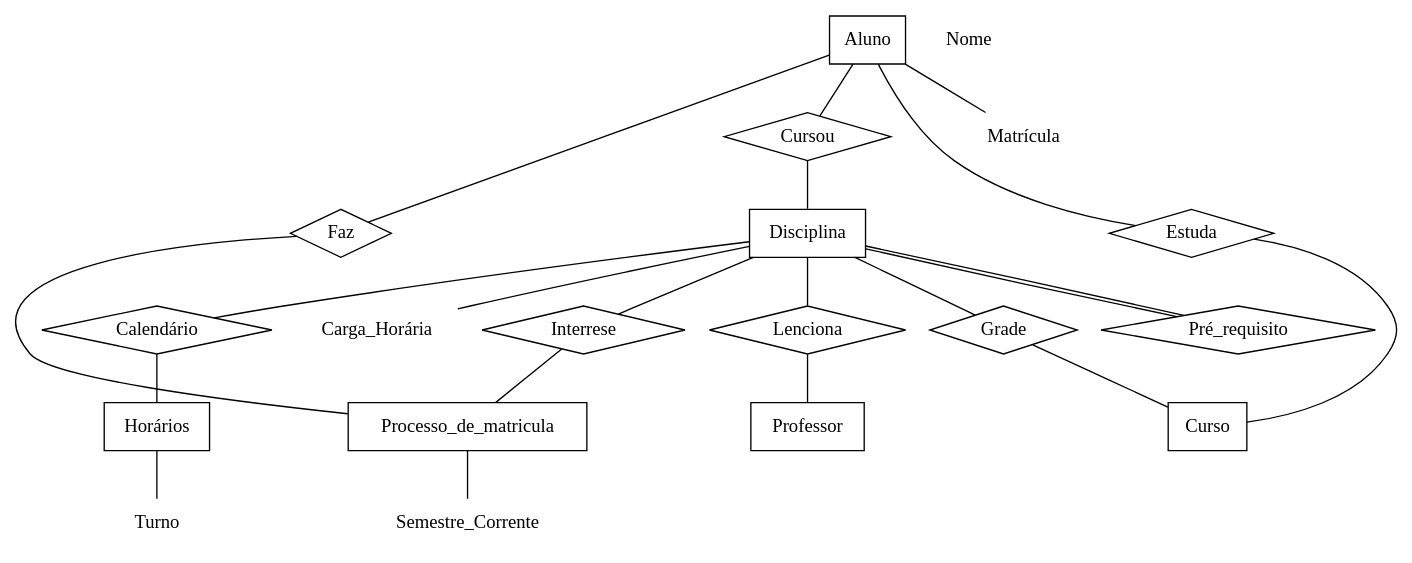
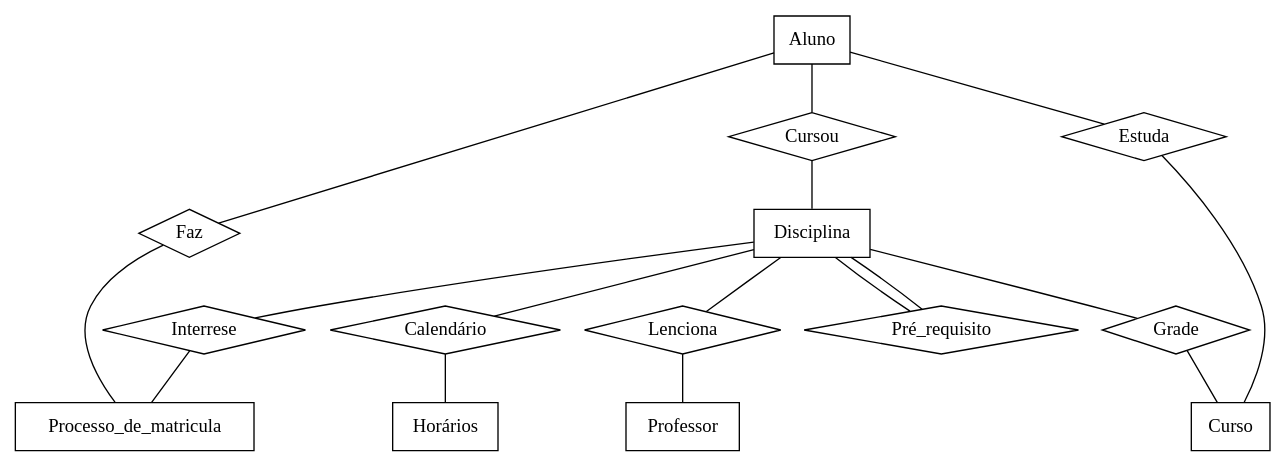
One commit to analuscharf/BCD-29008 changed the diagram in diagramaER.dot. Above: the diagram before and after it, drawn with Graphviz.

```diff
--- a/diagramaER.dot
+++ b/diagramaER.dot
@@ -1,44 +1,34 @@
 graph diagramER{
 
 //Entidades
 Aluno[shape=record]
 Processo_de_matricula[shape=record]
 Disciplina[shape=record]
 Horários[shape=record]
 Curso[shape=record]
 Professor[shape=record]
 
 //Relacionamentos
 Cursou[shape=diamond]
 Faz[shape=diamond]
 Interrese[shape=diamond]
 Calendário[shape=diamond]
 Grade[shape=diamond]
 Lenciona[shape=diamond]
 Estuda[shape=diamond]
 Pré_requisito[shape=diamond]
 
-//Atributos 
-//o[shape=point]
-Matrícula[shape=plaintext]
-Nome[shape=plaintext]
-Carga_Horária[shape=plaintext]
-Semestre_Corrente[shape=plaintext]
-Turno[shape=plaintext]
 
 //Ligações
 Aluno--Cursou--Disciplina
 Aluno--Estuda--Curso
 Aluno--Faz--Processo_de_matricula
 Disciplina--Lenciona--Professor
 Disciplina--Calendário--Horários
 Disciplina--Grade--Curso
 Disciplina--Interrese--Processo_de_matricula
 Disciplina--Pré_requisito--Disciplina
-Disciplina--Carga_Horária
-Aluno--Matrícula
-Processo_de_matricula--Semestre_Corrente
-Horários--Turno
+
 
 
 }
```
